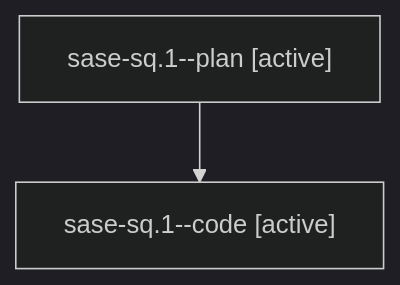
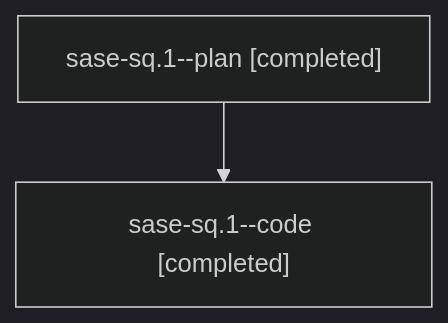
Before and after one commit to sase-org/sase--agents: the diagram in families/bbugyi200.athena.sase-sq.1.md, drawn with Mermaid (dark theme). The commit also changed other lines of this file and 480 other files, not shown here.

````diff
--- a/families/bbugyi200.athena.sase-sq.1.md
+++ b/families/bbugyi200.athena.sase-sq.1.md
@@ -9,6 +9,6 @@
 ```mermaid
 flowchart TD
-  n0["sase-sq.1--plan [active]"]
-  n1["sase-sq.1--code [active]"]
+  n0["sase-sq.1--plan [completed]"]
+  n1["sase-sq.1--code [completed]"]
   n0 --> n1
 ```
````
